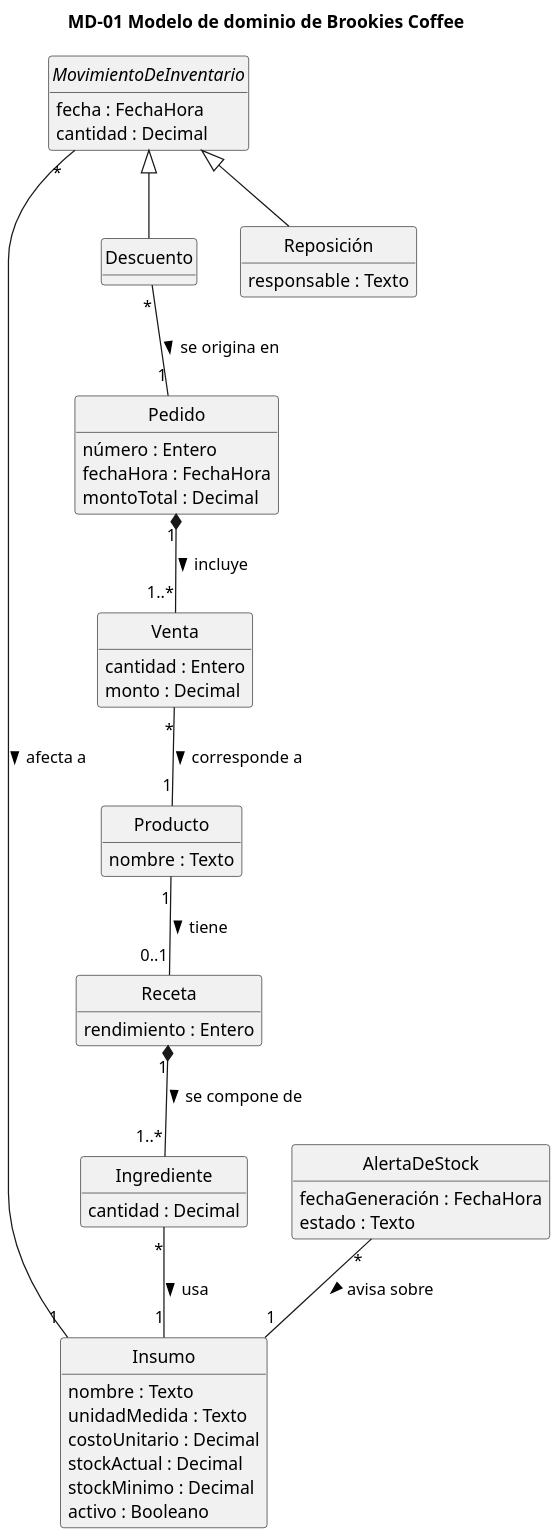
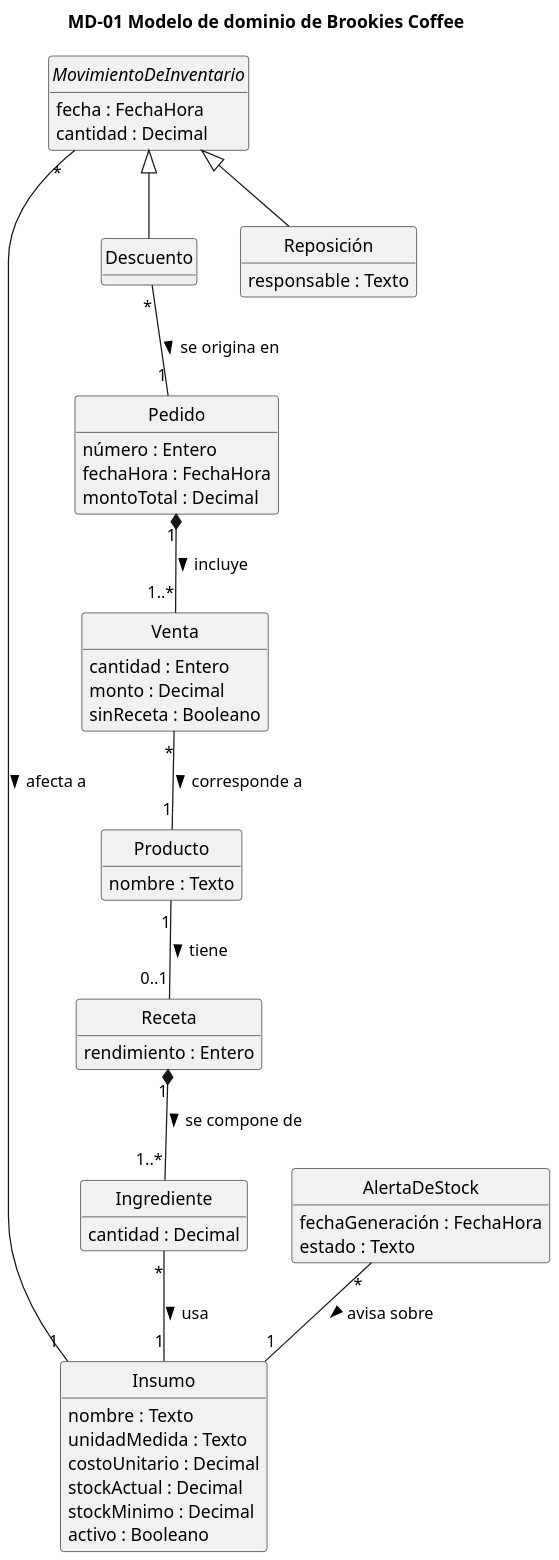
One commit to lambtto/Gestor-Inventario-Brookie changed the diagram in diagramas/modelo-dominio.puml. Above: the diagram before and after it, drawn with PlantUML. The commit also changed 21 other files, not shown here.

First line of the commit message:
Correcciones de coherencia entre artefactos y diagramas

```diff
--- a/diagramas/modelo-dominio.puml
+++ b/diagramas/modelo-dominio.puml
@@ -1,57 +1,58 @@
 @startuml modelo-dominio
 title MD-01 Modelo de dominio de Brookies Coffee
 skinparam dpi 140
 skinparam classAttributeIconSize 0
 hide circle
 hide methods
 
 class Producto {
   nombre : Texto
 }
 class Receta {
   rendimiento : Entero
 }
 class Ingrediente {
   cantidad : Decimal
 }
 class Insumo {
   nombre : Texto
   unidadMedida : Texto
   costoUnitario : Decimal
   stockActual : Decimal
   stockMinimo : Decimal
   activo : Booleano
 }
 class Pedido {
   número : Entero
   fechaHora : FechaHora
   montoTotal : Decimal
 }
 class Venta {
   cantidad : Entero
   monto : Decimal
+  sinReceta : Booleano
 }
 abstract class MovimientoDeInventario {
   fecha : FechaHora
   cantidad : Decimal
 }
 class Descuento
 class Reposición {
   responsable : Texto
 }
 class AlertaDeStock {
   fechaGeneración : FechaHora
   estado : Texto
 }
 
 Producto "1" -- "0..1" Receta : tiene >
 Receta "1" *-- "1..*" Ingrediente : se compone de >
 Ingrediente "*" -- "1" Insumo : usa >
 Pedido "1" *-- "1..*" Venta : incluye >
 Venta "*" -- "1" Producto : corresponde a >
 MovimientoDeInventario "*" -- "1" Insumo : afecta a >
 Descuento "*" -- "1" Pedido : se origina en >
 AlertaDeStock "*" -- "1" Insumo : avisa sobre >
 MovimientoDeInventario <|-- Descuento
 MovimientoDeInventario <|-- Reposición
 @enduml
```
